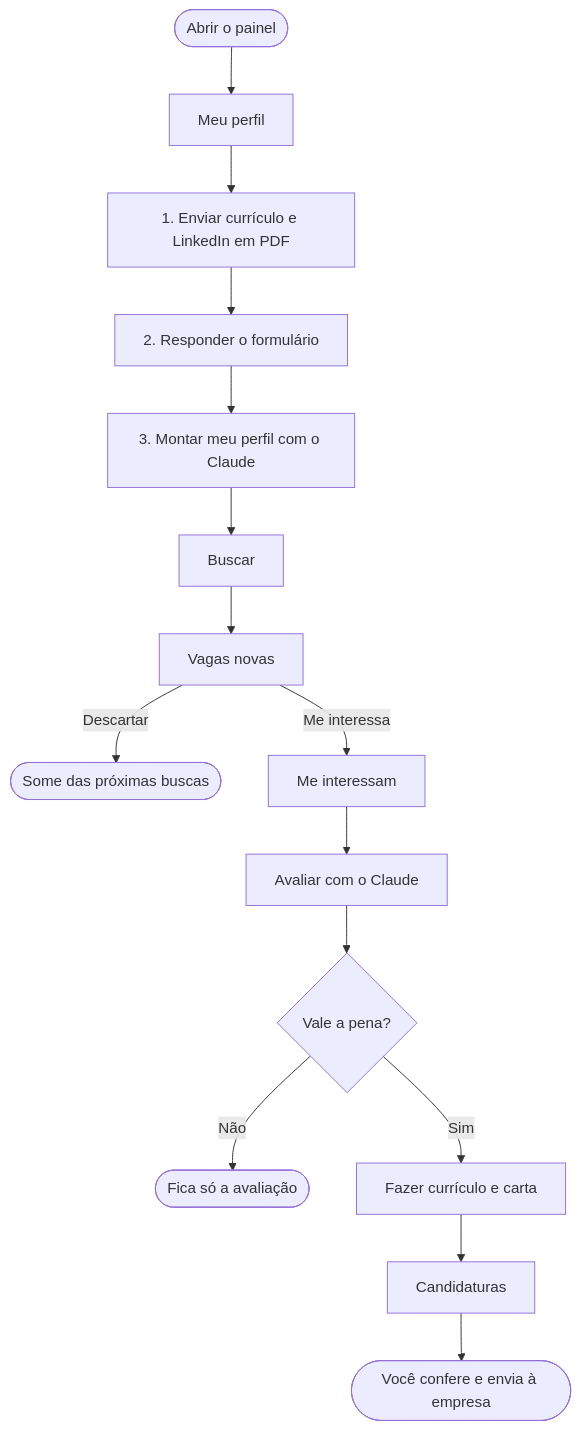
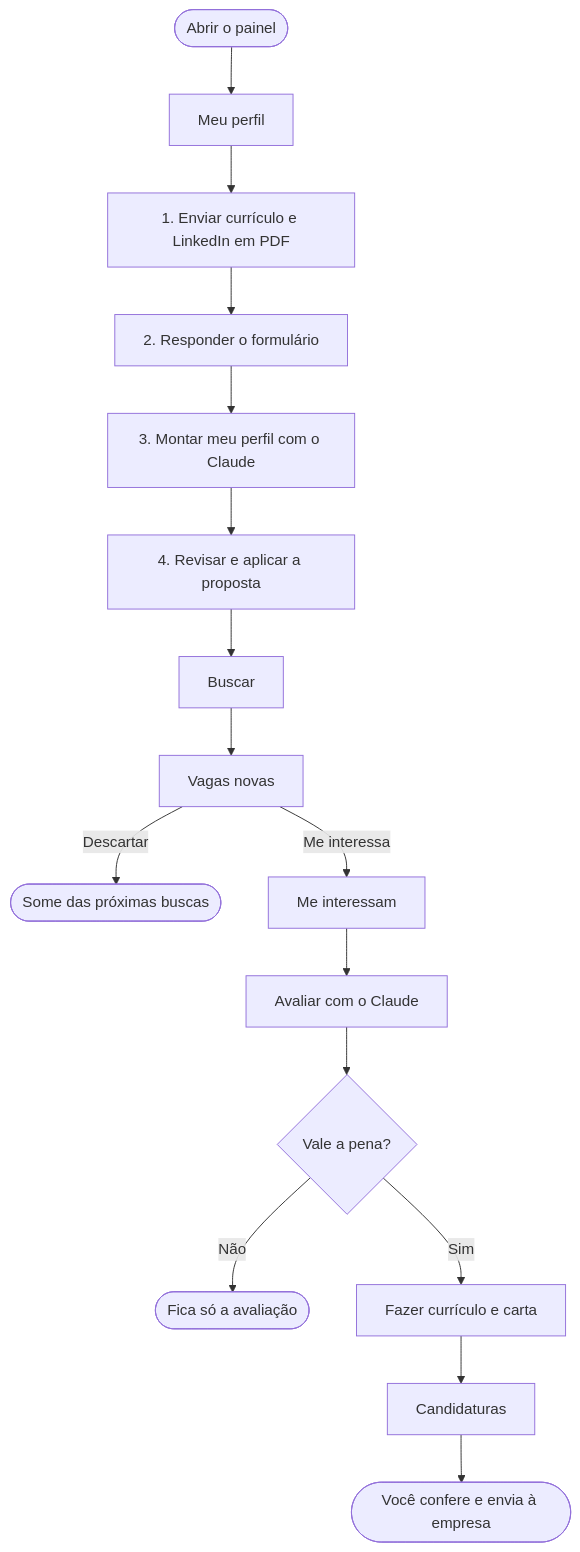
One commit to rosanapegasgodoy/job-pindorama changed the diagram in PAINEL.md. Above: the diagram before and after it, drawn with Mermaid. The commit also changed other lines of this file and 13 other files, not shown here.

````diff
--- a/PAINEL.md
+++ b/PAINEL.md
@@ -17,17 +17,18 @@
 ```mermaid
 flowchart TD
     A([Abrir o painel]) --> P[Meu perfil]
     P --> P1[1. Enviar currículo e LinkedIn em PDF]
     P1 --> P2[2. Responder o formulário]
     P2 --> P3[3. Montar meu perfil com o Claude]
-    P3 --> B[Buscar]
+    P3 --> P4[4. Revisar e aplicar a proposta]
+    P4 --> B[Buscar]
     B --> V[Vagas novas]
     V -->|Descartar| X([Some das próximas buscas])
     V -->|Me interessa| I[Me interessam]
     I --> I1[Avaliar com o Claude]
     I1 --> D{Vale a pena?}
     D -->|Não| X2([Fica só a avaliação])
     D -->|Sim| I2[Fazer currículo e carta]
     I2 --> C[Candidaturas]
     C --> E([Você confere e envia à empresa])
 ```
````
